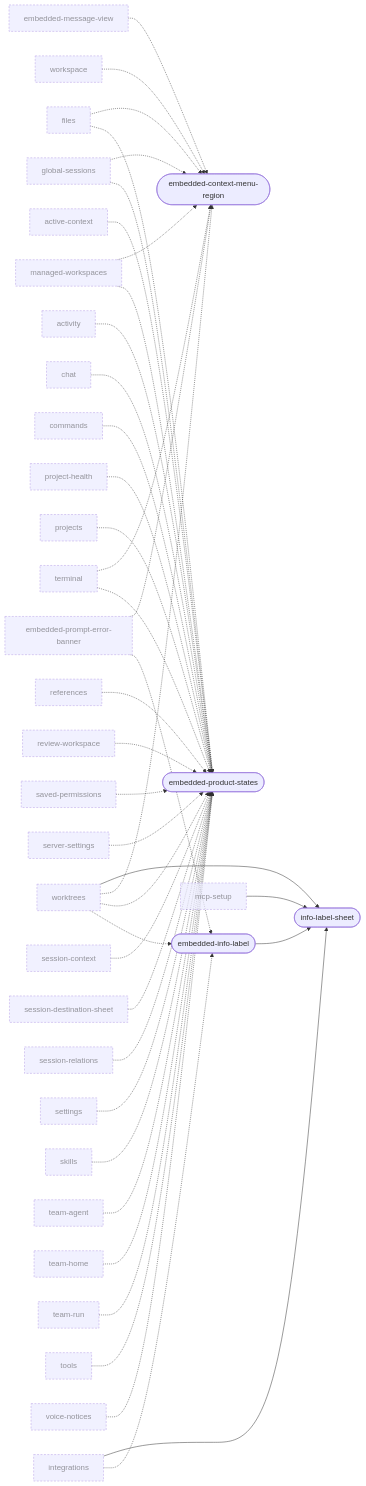
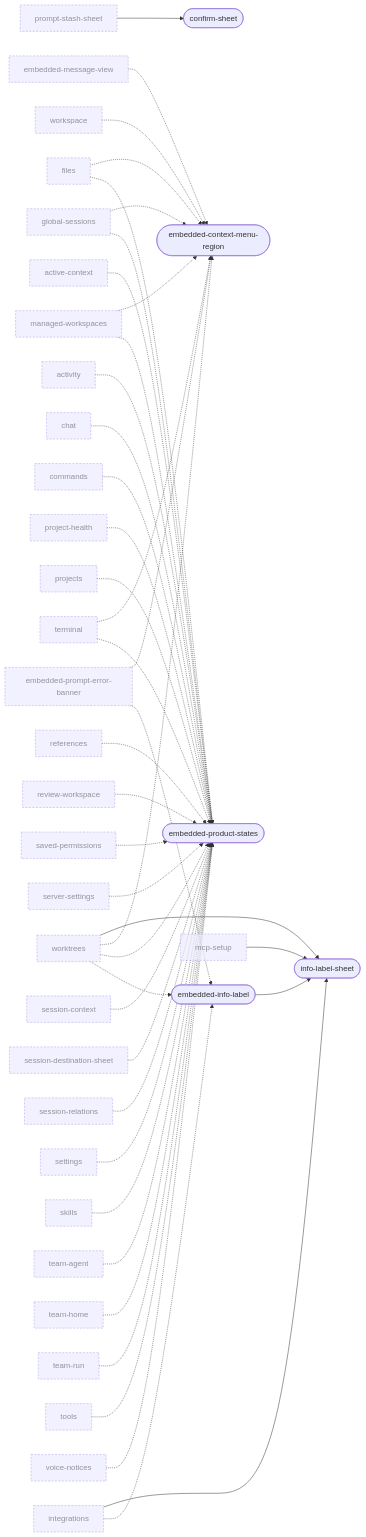
Before and after one commit to Breskott/opencode-mobile-next: the tenth of 10 diagrams in docs/design/ui-ledger/navigation.md, drawn with Mermaid. The commit also changed other lines of this file and 2 other files, not shown here.

````diff
--- a/docs/design/ui-ledger/navigation.md
+++ b/docs/design/ui-ledger/navigation.md
@@ -1432,78 +1432,81 @@
 ```mermaid
 graph LR
   active_context["active-context"]:::ext
   activity["activity"]:::ext
   chat["chat"]:::ext
   commands["commands"]:::ext
+  confirm_sheet(["confirm-sheet"])
   embedded_context_menu_region(["embedded-context-menu-region"])
   embedded_info_label(["embedded-info-label"])
   embedded_message_view["embedded-message-view"]:::ext
   embedded_product_states(["embedded-product-states"])
   embedded_prompt_error_banner["embedded-prompt-error-banner"]:::ext
   files["files"]:::ext
   global_sessions["global-sessions"]:::ext
   info_label_sheet(["info-label-sheet"])
   integrations["integrations"]:::ext
   managed_workspaces["managed-workspaces"]:::ext
   mcp_setup["mcp-setup"]:::ext
   project_health["project-health"]:::ext
   projects["projects"]:::ext
+  prompt_stash_sheet["prompt-stash-sheet"]:::ext
   references["references"]:::ext
   review_workspace["review-workspace"]:::ext
   saved_permissions["saved-permissions"]:::ext
   server_settings["server-settings"]:::ext
   session_context["session-context"]:::ext
   session_destination_sheet["session-destination-sheet"]:::ext
   session_relations["session-relations"]:::ext
   settings["settings"]:::ext
   skills["skills"]:::ext
   team_agent["team-agent"]:::ext
   team_home["team-home"]:::ext
   team_run["team-run"]:::ext
   terminal["terminal"]:::ext
   tools["tools"]:::ext
   voice_notices["voice-notices"]:::ext
   workspace["workspace"]:::ext
   worktrees["worktrees"]:::ext
+  prompt_stash_sheet --> confirm_sheet
   worktrees --> info_label_sheet
   integrations --> info_label_sheet
   mcp_setup --> info_label_sheet
   embedded_info_label --> info_label_sheet
   embedded_message_view -.-> embedded_context_menu_region
   embedded_prompt_error_banner -.-> embedded_context_menu_region
   files -.-> embedded_context_menu_region
   global_sessions -.-> embedded_context_menu_region
   managed_workspaces -.-> embedded_context_menu_region
   terminal -.-> embedded_context_menu_region
   workspace -.-> embedded_context_menu_region
   worktrees -.-> embedded_context_menu_region
   active_context -.-> embedded_product_states
   activity -.-> embedded_product_states
   chat -.-> embedded_product_states
   commands -.-> embedded_product_states
   files -.-> embedded_product_states
   global_sessions -.-> embedded_product_states
   managed_workspaces -.-> embedded_product_states
   project_health -.-> embedded_product_states
   projects -.-> embedded_product_states
   references -.-> embedded_product_states
   review_workspace -.-> embedded_product_states
   saved_permissions -.-> embedded_product_states
   server_settings -.-> embedded_product_states
   session_context -.-> embedded_product_states
   session_destination_sheet -.-> embedded_product_states
   session_relations -.-> embedded_product_states
   settings -.-> embedded_product_states
   skills -.-> embedded_product_states
   team_agent -.-> embedded_product_states
   team_home -.-> embedded_product_states
   team_run -.-> embedded_product_states
   terminal -.-> embedded_product_states
   tools -.-> embedded_product_states
   voice_notices -.-> embedded_product_states
   worktrees -.-> embedded_product_states
   embedded_prompt_error_banner -.-> embedded_info_label
   integrations -.-> embedded_info_label
   worktrees -.-> embedded_info_label
   classDef ext stroke-dasharray: 4 3,opacity:0.7
 ```
````
